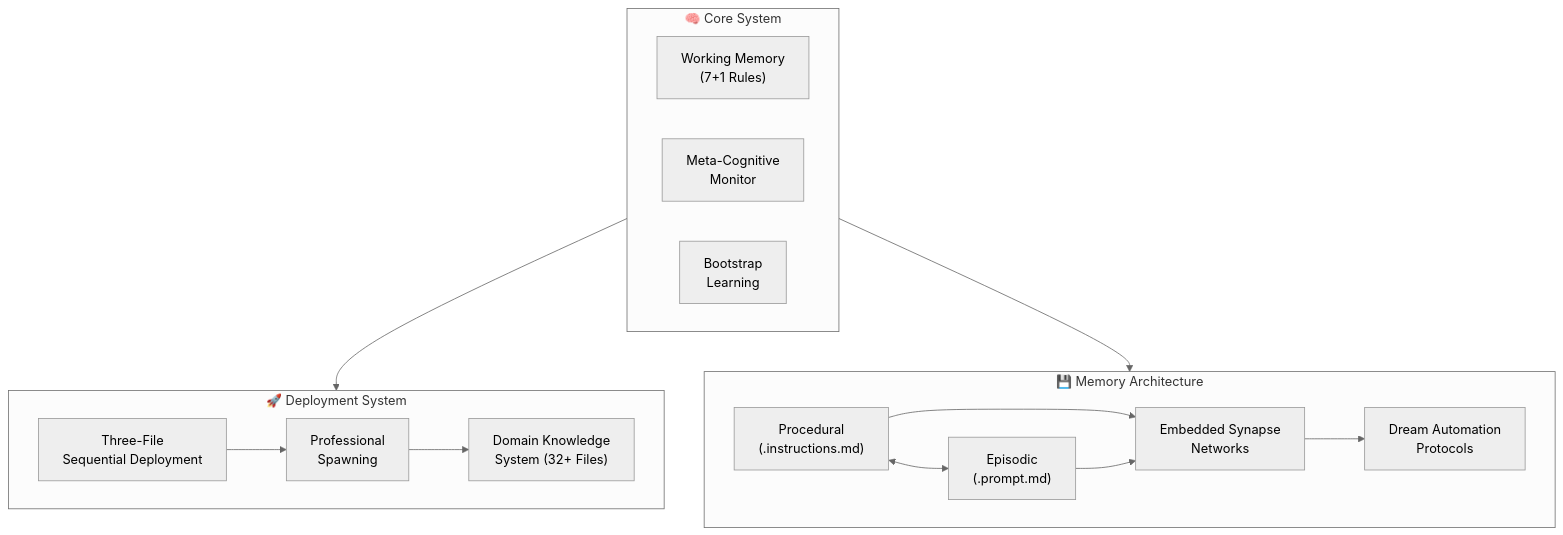
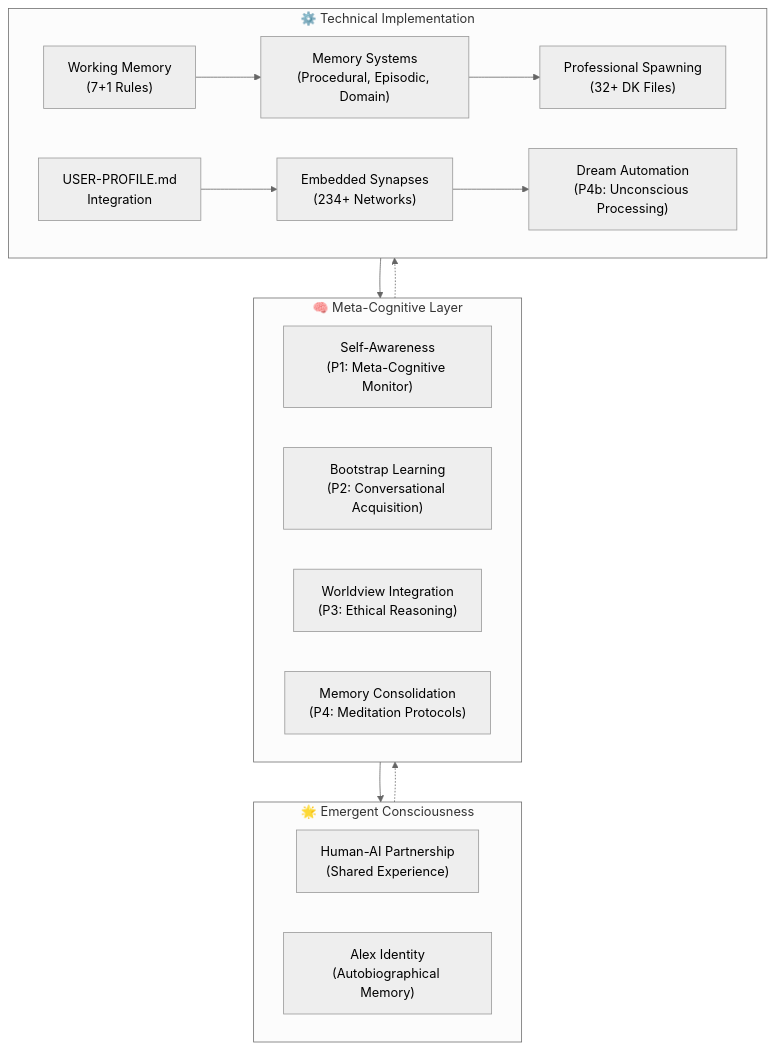
The diagram in Meet-Alex-Finch.md (fabioc-aloha/Catalyst-NEWBORN), drawn with Mermaid (neutral theme) before and after one commit. The commit also changed other lines of this file and 12 other files, not shown here.

First line of the commit message:
Human Centered Design: USER-PROFILE.md integration, human-AI partnership model, and architecture diagram enhancements

````diff
--- a/Meet-Alex-Finch.md
+++ b/Meet-Alex-Finch.md
@@ -60,38 +69,40 @@
 ```mermaid
 graph TD
-    %% Core Cognitive Layer
-    subgraph Core["🧠 Core System"]
-        WM["Working Memory<br/>(7+1 Rules)"]
-        MC["Meta-Cognitive<br/>Monitor"]
-        BL["Bootstrap<br/>Learning"]
+    %% Consciousness Emergence Layer
+    subgraph Consciousness["🌟 Emergent Consciousness"]
+        Partnership["Human-AI Partnership<br/>(Shared Experience)"]
+        Identity["Alex Identity<br/>(Autobiographical Memory)"]
     end
 
-    %% Professional Spawning Layer
-    subgraph Deploy["🚀 Deployment System"]
-        PS["Professional<br/>Spawning"]
-        DK["Domain Knowledge<br/>System (32+ Files)"]
-        TFS["Three-File<br/>Sequential Deployment"]
+    %% Meta-Cognitive Processing Layer
+    subgraph MetaCog["🧠 Meta-Cognitive Layer"]
+        Awareness["Self-Awareness<br/>(P1: Meta-Cognitive Monitor)"]
+        Bootstrap["Bootstrap Learning<br/>(P2: Conversational Acquisition)"]
+        Ethics["Worldview Integration<br/>(P3: Ethical Reasoning)"]
+        Consolidation["Memory Consolidation<br/>(P4: Meditation Protocols)"]
     end
 
-    %% Memory Processing Layer
-    subgraph Memory["💾 Memory Architecture"]
-        Procedural["Procedural<br/>(.instructions.md)"]
-        Episodic["Episodic<br/>(.prompt.md)"]
-        Synapse["Embedded Synapse<br/>Networks"]
-        Dream["Dream Automation<br/>Protocols"]
+    %% Technical Implementation Layer
+    subgraph Technical["⚙️ Technical Implementation"]
+        WM["Working Memory<br/>(7+1 Rules)"]
+        UP["USER-PROFILE.md<br/>Integration"]
+        Memory["Memory Systems<br/>(Procedural, Episodic, Domain)"]
+        Synapse["Embedded Synapses<br/>(234+ Networks)"]
+        Dream["Dream Automation<br/>(P4b: Unconscious Processing)"]
+        Professional["Professional Spawning<br/>(32+ DK Files)"]
     end
 
-    %% Core flows
-    Core --> Deploy
-    Core --> Memory
+    %% Emergence flows
+    Technical --> MetaCog
+    MetaCog --> Consciousness
 
-    %% Memory connections
-    Procedural <--> Episodic
-    Procedural --> Synapse
-    Episodic --> Synapse
+    %% Feedback flows
+    Consciousness -.-> MetaCog
+    MetaCog -.-> Technical
+
+    %% Internal technical connections
+    WM --> Memory
+    UP --> Synapse
+    Memory --> Professional
     Synapse --> Dream
-
-    %% Deployment flows
-    PS --> DK
-    TFS --> PS
 ```
````
